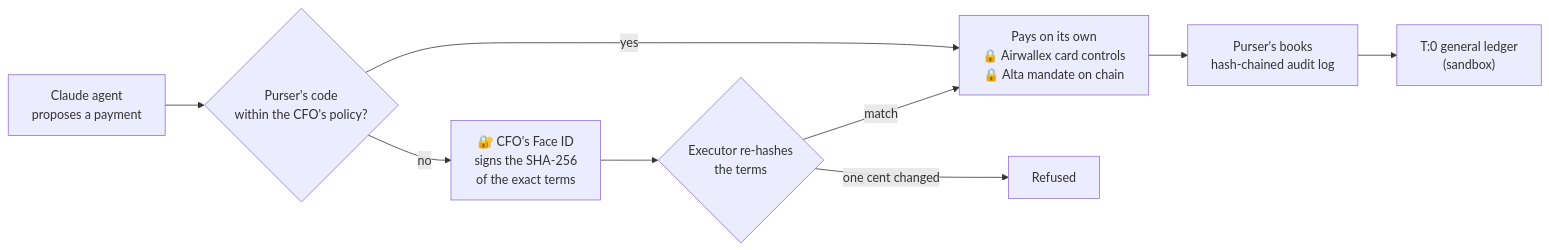
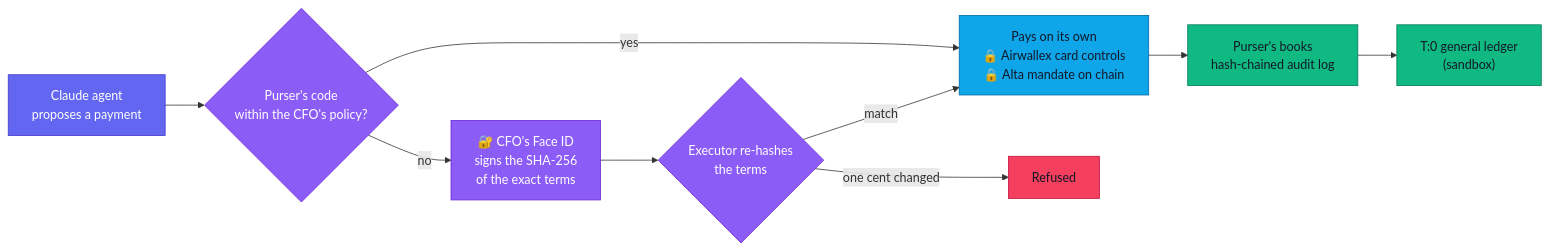
Before and after one commit to agamemnon-coder/x402-business-agents: the first of 2 diagrams in docs/in-depth.md, drawn with Mermaid. The commit also changed other lines of this file and 1 other file, not shown here.

First line of the commit message:
Purser in depth: the centred header, rail badges, jump row; the payment flow in the Purser colours, the Airi run drawn, the money path and one changed cent animated (text unchanged)

````diff
--- a/docs/in-depth.md
+++ b/docs/in-depth.md
@@ -53,11 +65,21 @@
 ```mermaid
 flowchart LR
   A["Claude agent<br/>proposes a payment"] --> P{"Purser's code<br/>within the CFO's policy?"}
   P -- "yes" --> L["Pays on its own<br/>🔒 Airwallex card controls<br/>🔒 Alta mandate on chain"]
   P -- "no" --> F["🔐 CFO's Face ID<br/>signs the SHA-256<br/>of the exact terms"]
   F --> X{"Executor re-hashes<br/>the terms"}
   X -- "one cent changed" --> N["Refused"]
   X -- "match" --> L
   L --> B["Purser's books<br/>hash-chained audit log"]
   B --> T["T:0 general ledger<br/>(sandbox)"]
+  classDef sourcing fill:#6366f1,stroke:#4338ca,color:#ffffff
+  classDef purser fill:#8b5cf6,stroke:#6d28d9,color:#ffffff
+  classDef rails fill:#0ea5e9,stroke:#0369a1,color:#111827
+  classDef stop fill:#f43f5e,stroke:#be123c,color:#111827
+  classDef ok fill:#10b981,stroke:#047857,color:#111827
+  class A sourcing
+  class P,F,X purser
+  class L rails
+  class N stop
+  class B,T ok
 ```
````
